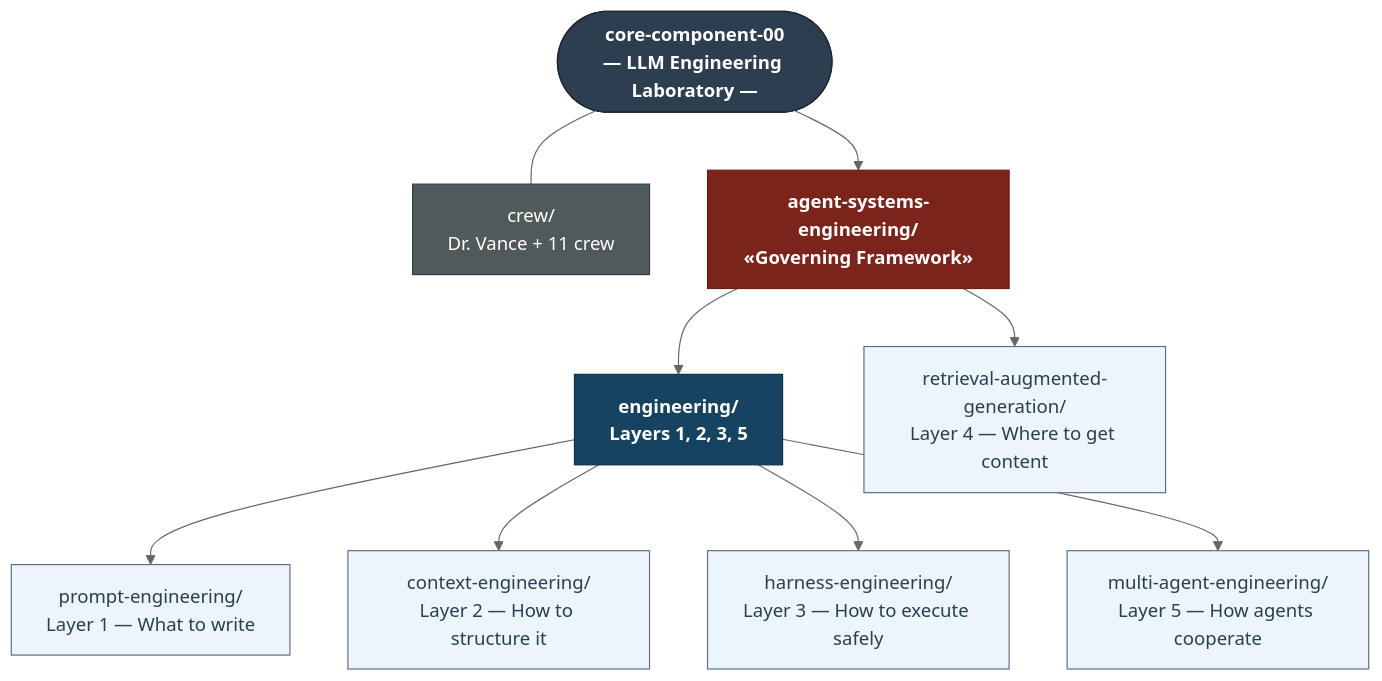
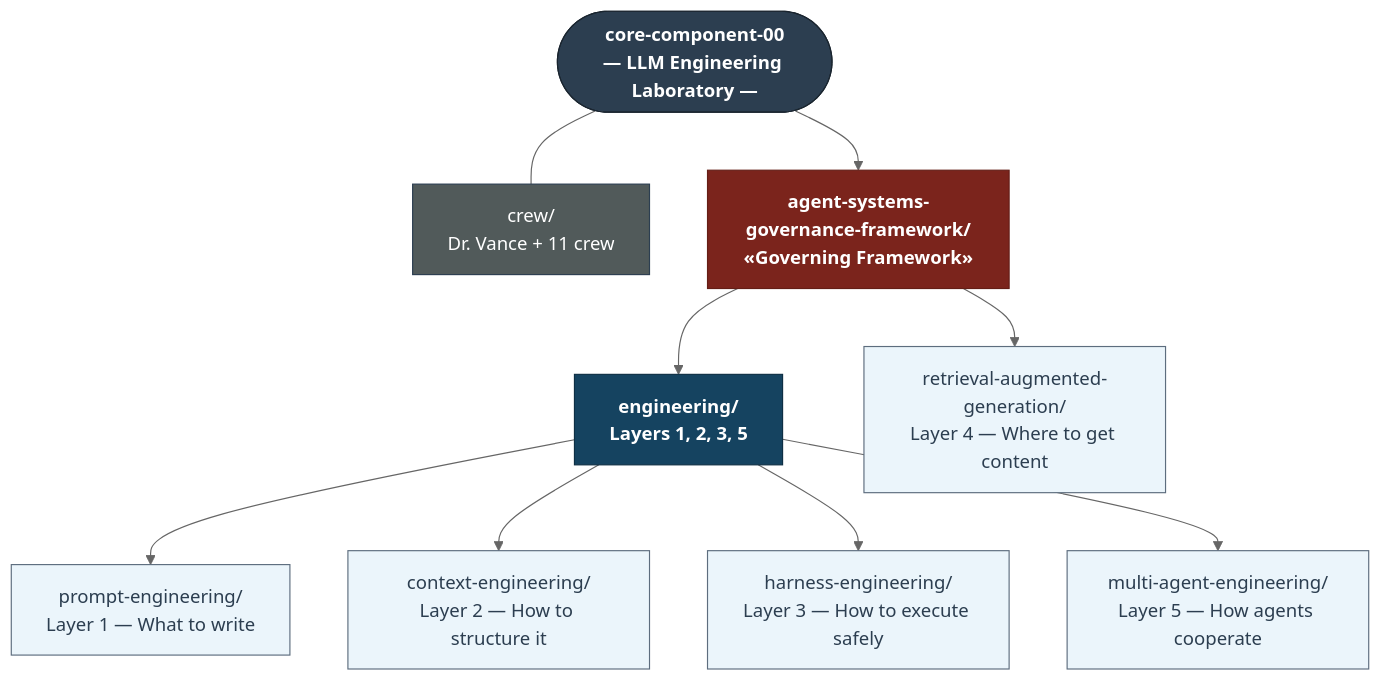
Before and after one commit to PhoenixNest/AGENT-GLOBAL-BASE: the diagram in core-component-00/README.md, drawn with Mermaid (neutral theme). The commit also changed other lines of this file and 111 other files, not shown here.

First line of the commit message:
refactor: rename agent-systems-engineering to agent-systems-governance-framework (ASGF)

````diff
--- a/core-component-00/README.md
+++ b/core-component-00/README.md
@@ -86,33 +86,33 @@
 ```mermaid
 graph TB
     CC00(["core-component-00<br/>— LLM Engineering Laboratory —"])
     DIR["crew/<br/>Dr. Vance + 11 crew"]
-    ASE["agent-systems-engineering/<br/>«Governing Framework»"]
+    ASGF["agent-systems-governance-framework/<br/>«Governing Framework»"]
     ENG["engineering/<br/>Layers 1, 2, 3, 5"]
     PE["prompt-engineering/<br/>Layer 1 — What to write"]
     CE["context-engineering/<br/>Layer 2 — How to structure it"]
     HE["harness-engineering/<br/>Layer 3 — How to execute safely"]
     RAG["retrieval-augmented-generation/<br/>Layer 4 — Where to get content"]
     MAE["multi-agent-engineering/<br/>Layer 5 — How agents cooperate"]
 
     CC00 --- DIR
-    CC00 --> ASE
-    ASE --> ENG
-    ASE --> RAG
+    CC00 --> ASGF
+    ASGF --> ENG
+    ASGF --> RAG
     ENG --> PE
     ENG --> CE
     ENG --> HE
     ENG --> MAE
 
     classDef lab fill:#2C3E50,stroke:#1A252F,color:#fff,font-weight:bold
     classDef ase fill:#7B241C,stroke:#641E16,color:#fff,font-weight:bold
     classDef eng fill:#154360,stroke:#0E2F44,color:#fff,font-weight:bold
     classDef mod fill:#EBF5FB,stroke:#5D6D7E,color:#2C3E50
     classDef dir fill:#515A5A,stroke:#2C3E50,color:#fff
 
     class CC00 lab
-    class ASE ase
+    class ASGF ase
     class ENG eng
     class PE,CE,HE,RAG,MAE mod
     class DIR dir
 ```
````
